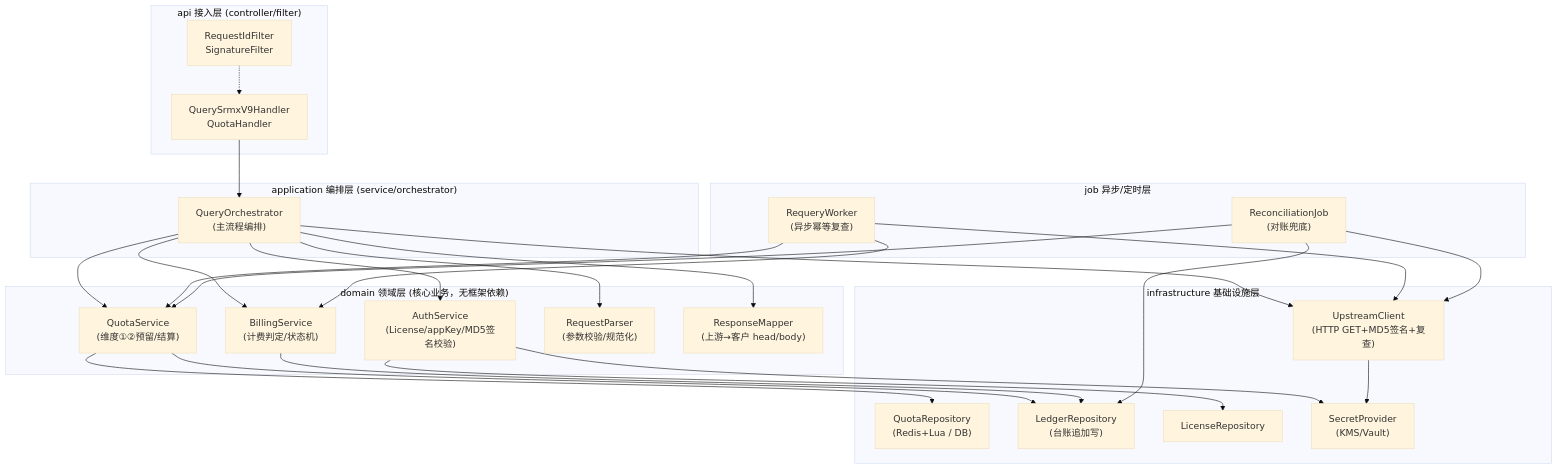
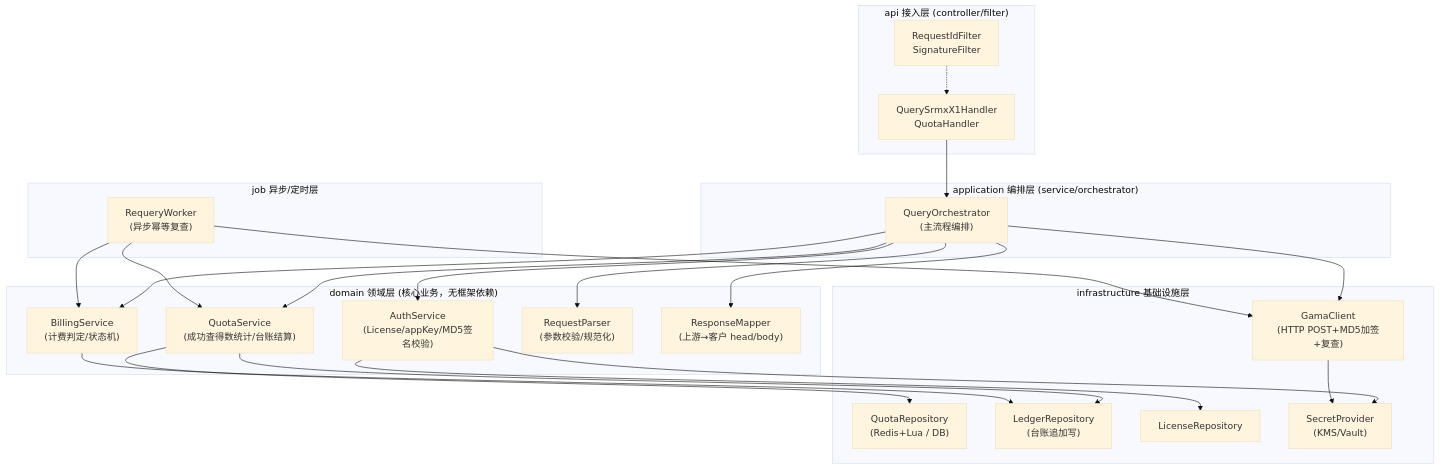
The first of 8 diagrams in docs/ARCHITECTURE.md (YunChen1227/DataHub), drawn with Mermaid (base theme) before and after one commit. The commit also changed other lines of this file and 54 other files, not shown here.

````diff
--- a/docs/ARCHITECTURE.md
+++ b/docs/ARCHITECTURE.md
@@ -26,55 +26,51 @@
 ```mermaid
 flowchart TB
     subgraph api["api 接入层 (controller/filter)"]
-        Ctl["QuerySrmxV9Handler\nQuotaHandler"]
+        Ctl["QuerySrmxX1Handler\nQuotaHandler"]
         Filter["RequestIdFilter\nSignatureFilter"]
     end
 
     subgraph app["application 编排层 (service/orchestrator)"]
         Orch["QueryOrchestrator\n(主流程编排)"]
     end
 
     subgraph domain["domain 领域层 (核心业务，无框架依赖)"]
         AuthSvc["AuthService\n(License/appKey/MD5签名校验)"]
-        QuotaSvc["QuotaService\n(维度①②预留/结算)"]
+        QuotaSvc["QuotaService\n(成功查得数统计/台账结算)"]
         BillSvc["BillingService\n(计费判定/状态机)"]
         Parser["RequestParser\n(参数校验/规范化)"]
         Mapper["ResponseMapper\n(上游→客户 head/body)"]
     end
 
     subgraph infra["infrastructure 基础设施层"]
-        UpClient["UpstreamClient\n(HTTP GET+MD5签名+复查)"]
+        UpClient["GamaClient\n(HTTP POST+MD5加签+复查)"]
         QuotaRepo["QuotaRepository\n(Redis+Lua / DB)"]
         LedgerRepo["LedgerRepository\n(台账追加写)"]
         LicenseRepo["LicenseRepository"]
         Secrets["SecretProvider\n(KMS/Vault)"]
     end
 
     subgraph job["job 异步/定时层"]
         RequeryWorker["RequeryWorker\n(异步幂等复查)"]
-        ReconJob["ReconciliationJob\n(对账兜底)"]
     end
 
     Ctl --> Orch
     Filter -.-> Ctl
     Orch --> AuthSvc
     Orch --> QuotaSvc
     Orch --> Parser
     Orch --> UpClient
     Orch --> BillSvc
     Orch --> Mapper
 
     AuthSvc --> LicenseRepo
     AuthSvc --> Secrets
     QuotaSvc --> QuotaRepo
     QuotaSvc --> LedgerRepo
     BillSvc --> LedgerRepo
     UpClient --> Secrets
 
     RequeryWorker --> UpClient
     RequeryWorker --> BillSvc
     RequeryWorker --> QuotaSvc
-    ReconJob --> UpClient
-    ReconJob --> LedgerRepo
-    ReconJob --> QuotaSvc
 ```
````
